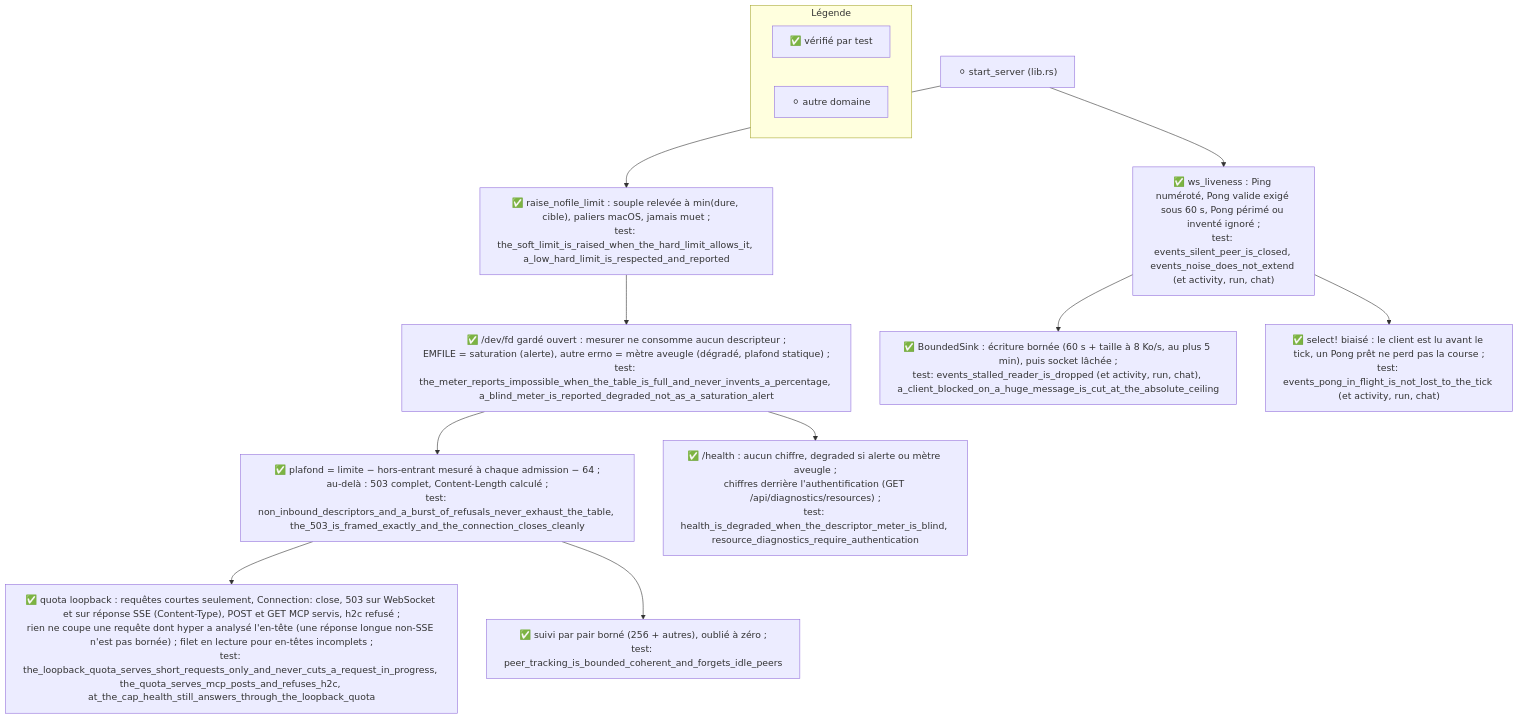
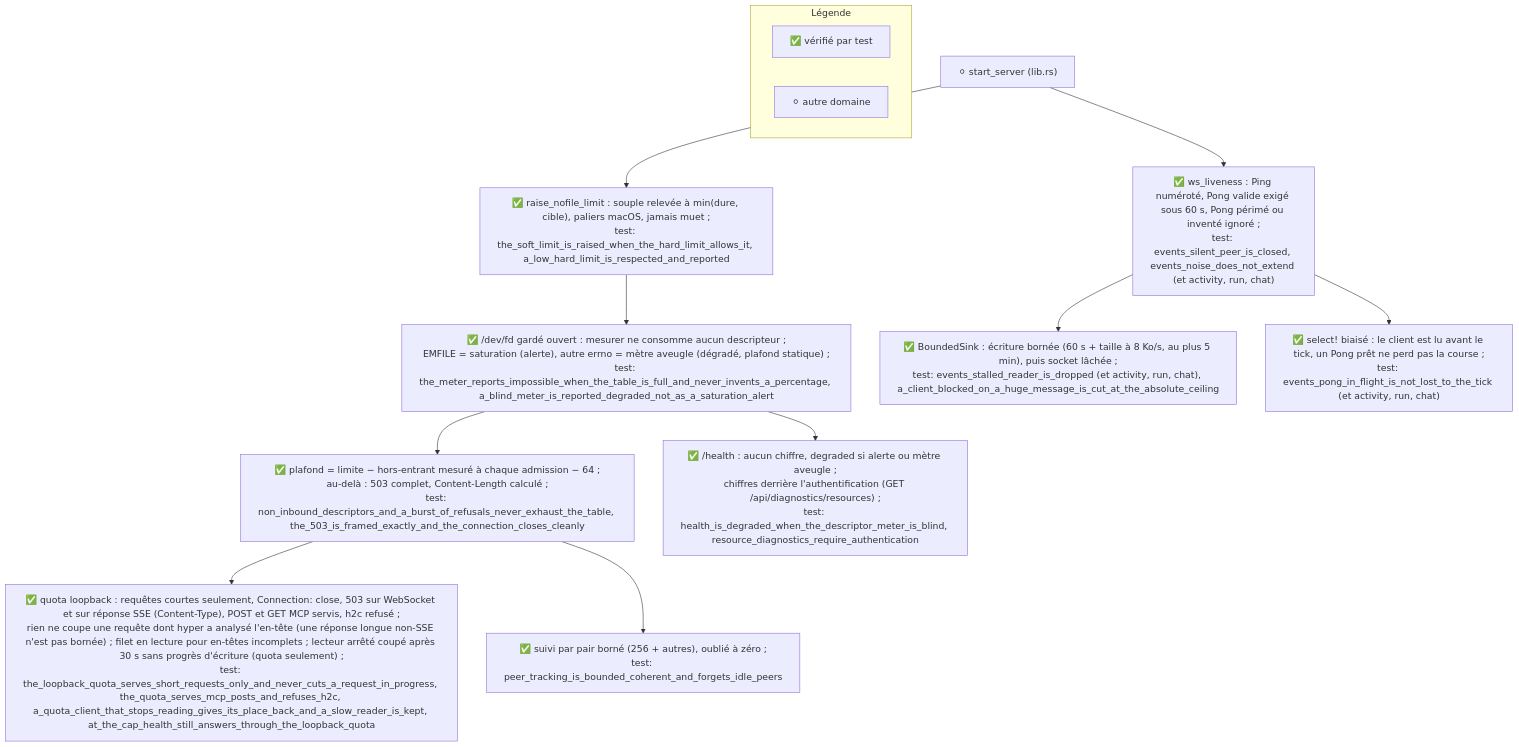
The diagram in docs/diagrams/po-fd-guard.mmd (this-rs/project-orchestrator), drawn with Mermaid before and after one commit. The commit also changed 3 other files, not shown here.

First line of the commit message:
fix(fd_guard): délai d'absence de progrès d'écriture sur le quota, test de fuite de place h2c, Content-Type insensible à la casse, docs

```diff
--- a/docs/diagrams/po-fd-guard.mmd
+++ b/docs/diagrams/po-fd-guard.mmd
@@ -1,48 +1,48 @@
 %% name: po-fd-guard
 %% covers: backend:src/fd_guard.rs backend:src/api/ws_liveness.rs
 %% verified: dd0c6bc0
 %% ---
 %% PROUVE : ce que le service fait de ses descripteurs de fichiers et de ses sockets WebSocket
 %%   (PR #1269, branche fix/fd-limit) : limite relevée au démarrage, mesure par un /dev/fd gardé
 %%   ouvert, plafond de connexions entrantes dynamique avec 503 complet, quota loopback réservé
 %%   aux requêtes courtes, Pong exigé et écritures bornées sur /ws/chat, /ws/events, /ws/activity,
 %%   /ws/run. Relu contre le code de la branche fix/fd-limit (dd0c6bc0).
 %% ---
 %% SOURCES LUES :
 %%   src/fd_guard.rs, src/api/ws_liveness.rs, src/lib.rs (start_server), src/api/handlers.rs
 %%   (health, resource_diagnostics), src/api/ws_{chat,handlers,activity,run}_handler.rs,
 %%   tests/fd_limit.rs, src/api/ws_liveness_tests.rs
 %% ---
 %% NON ETABLI :
 %%   la nature des 133 connexions de 192.168.1.42 (ORCHESTRATOR_CONN_STATS sert à l'établir) ;
 %%   que le Pong manquant soit la cause du flap observé (hypothèse) ;
 %%   l'absence d'EMFILE : le plafond réduit le risque, une rafale hors-entrant plus grande que la
 %%   réserve de 64 peut encore en provoquer (test: an_outbound_burst_beyond_the_margin_may_hit_emfile_but_the_service_recovers).
 %% ---
 %% LEGENDE
 %%   ✅ vérifié (le nœud dit par quel test)  ⚪ autre domaine
 
 flowchart TD
     subgraph legend["Légende"]
         direction LR
         L1["✅ vérifié par test"]
         L2["⚪ autre domaine"]
     end
 
     START["⚪ start_server (lib.rs)"]
     RAISE["✅ raise_nofile_limit : souple relevée à min(dure, cible), paliers macOS, jamais muet ;<br/>test: the_soft_limit_is_raised_when_the_hard_limit_allows_it, a_low_hard_limit_is_respected_and_reported"]
     METER["✅ /dev/fd gardé ouvert : mesurer ne consomme aucun descripteur ;<br/>EMFILE = saturation (alerte), autre errno = mètre aveugle (dégradé, plafond statique) ;<br/>test: the_meter_reports_impossible_when_the_table_is_full_and_never_invents_a_percentage, a_blind_meter_is_reported_degraded_not_as_a_saturation_alert"]
     CAP["✅ plafond = limite − hors-entrant mesuré à chaque admission − 64 ;<br/>au-delà : 503 complet, Content-Length calculé ;<br/>test: non_inbound_descriptors_and_a_burst_of_refusals_never_exhaust_the_table, the_503_is_framed_exactly_and_the_connection_closes_cleanly"]
-    QUOTA["✅ quota loopback : requêtes courtes seulement, Connection: close, 503 sur WebSocket et sur réponse SSE (Content-Type), POST et GET MCP servis, h2c refusé ;<br/>rien ne coupe une requête dont hyper a analysé l'en-tête (une réponse longue non-SSE n'est pas bornée) ; filet en lecture pour en-têtes incomplets ;<br/>test: the_loopback_quota_serves_short_requests_only_and_never_cuts_a_request_in_progress, the_quota_serves_mcp_posts_and_refuses_h2c, at_the_cap_health_still_answers_through_the_loopback_quota"]
+    QUOTA["✅ quota loopback : requêtes courtes seulement, Connection: close, 503 sur WebSocket et sur réponse SSE (Content-Type), POST et GET MCP servis, h2c refusé ;<br/>rien ne coupe une requête dont hyper a analysé l'en-tête (une réponse longue non-SSE n'est pas bornée) ; filet en lecture pour en-têtes incomplets ; lecteur arrêté coupé après 30 s sans progrès d'écriture (quota seulement) ;<br/>test: the_loopback_quota_serves_short_requests_only_and_never_cuts_a_request_in_progress, the_quota_serves_mcp_posts_and_refuses_h2c, a_quota_client_that_stops_reading_gives_its_place_back_and_a_slow_reader_is_kept, at_the_cap_health_still_answers_through_the_loopback_quota"]
     PEERS["✅ suivi par pair borné (256 + autres), oublié à zéro ;<br/>test: peer_tracking_is_bounded_coherent_and_forgets_idle_peers"]
     HEALTH["✅ /health : aucun chiffre, degraded si alerte ou mètre aveugle ;<br/>chiffres derrière l'authentification (GET /api/diagnostics/resources) ;<br/>test: health_is_degraded_when_the_descriptor_meter_is_blind, resource_diagnostics_require_authentication"]
     LIVE["✅ ws_liveness : Ping numéroté, Pong valide exigé sous 60 s, Pong périmé ou inventé ignoré ;<br/>test: events_silent_peer_is_closed, events_noise_does_not_extend (et activity, run, chat)"]
     SINK["✅ BoundedSink : écriture bornée (60 s + taille à 8 Ko/s, au plus 5 min), puis socket lâchée ;<br/>test: events_stalled_reader_is_dropped (et activity, run, chat), a_client_blocked_on_a_huge_message_is_cut_at_the_absolute_ceiling"]
     RACE["✅ select! biaisé : le client est lu avant le tick, un Pong prêt ne perd pas la course ;<br/>test: events_pong_in_flight_is_not_lost_to_the_tick (et activity, run, chat)"]
 
     START --> RAISE --> METER --> CAP
     CAP --> QUOTA
     CAP --> PEERS
     METER --> HEALTH
     START --> LIVE --> SINK
     LIVE --> RACE
```
